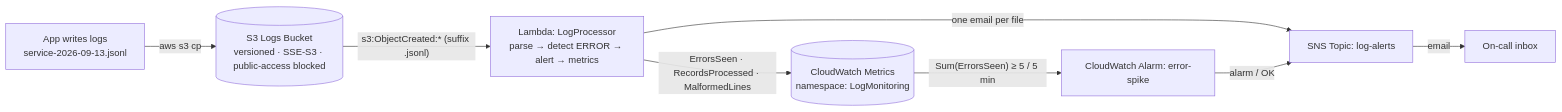
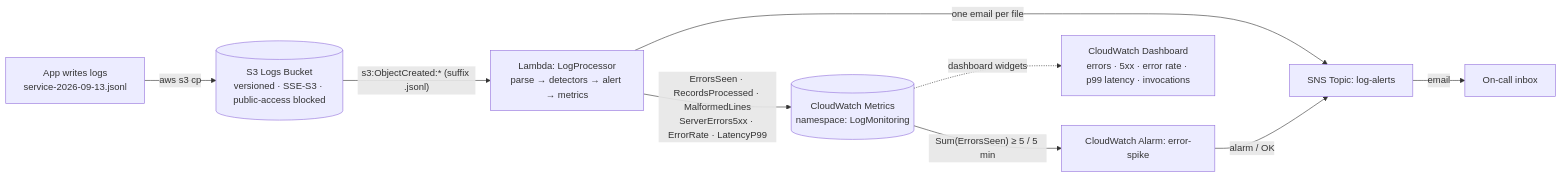
One commit to Sanjays2402/realtime-log-monitor changed the diagram in docs/architecture.mmd. Above: the diagram before and after it, drawn with Mermaid. The commit also changed 7 other files, not shown here.

First line of the commit message:
Add detectors, dashboard, demo generator, CI

```diff
--- a/docs/architecture.mmd
+++ b/docs/architecture.mmd
@@ -1,8 +1,9 @@
 flowchart LR
     A["App writes logs<br/>service-2026-09-13.jsonl"] -->|aws s3 cp| B[("S3 Logs Bucket<br/>versioned · SSE-S3 · public-access blocked")]
-    B -->|"s3:ObjectCreated:* (suffix .jsonl)"| C["Lambda: LogProcessor<br/>parse → detect ERROR → alert → metrics"]
+    B -->|"s3:ObjectCreated:* (suffix .jsonl)"| C["Lambda: LogProcessor<br/>parse → detectors → alert → metrics"]
     C -->|"one email per file"| D["SNS Topic: log-alerts"]
     D -->|email| E["On-call inbox"]
-    C -->|"ErrorsSeen · RecordsProcessed · MalformedLines"| F[("CloudWatch Metrics<br/>namespace: LogMonitoring")]
+    C -->|"ErrorsSeen · RecordsProcessed · MalformedLines<br/>ServerErrors5xx · ErrorRate · LatencyP99"| F[("CloudWatch Metrics<br/>namespace: LogMonitoring")]
     F -->|"Sum(ErrorsSeen) ≥ 5 / 5 min"| G["CloudWatch Alarm: error-spike"]
     G -->|alarm / OK| D
+    F -.->|dashboard widgets| H["CloudWatch Dashboard<br/>errors · 5xx · error rate · p99 latency · invocations"]
```
